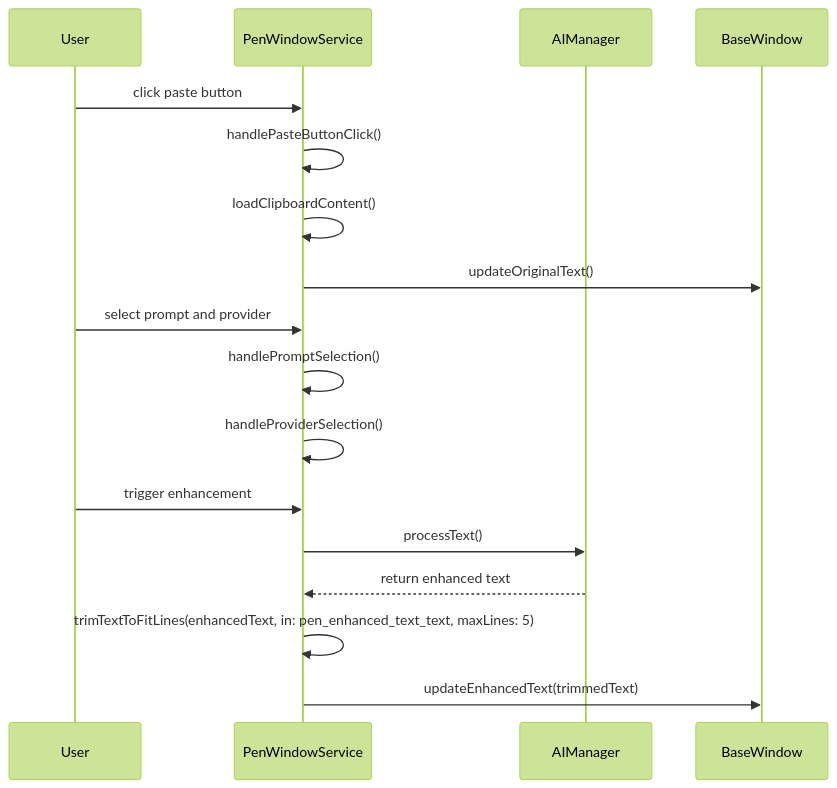
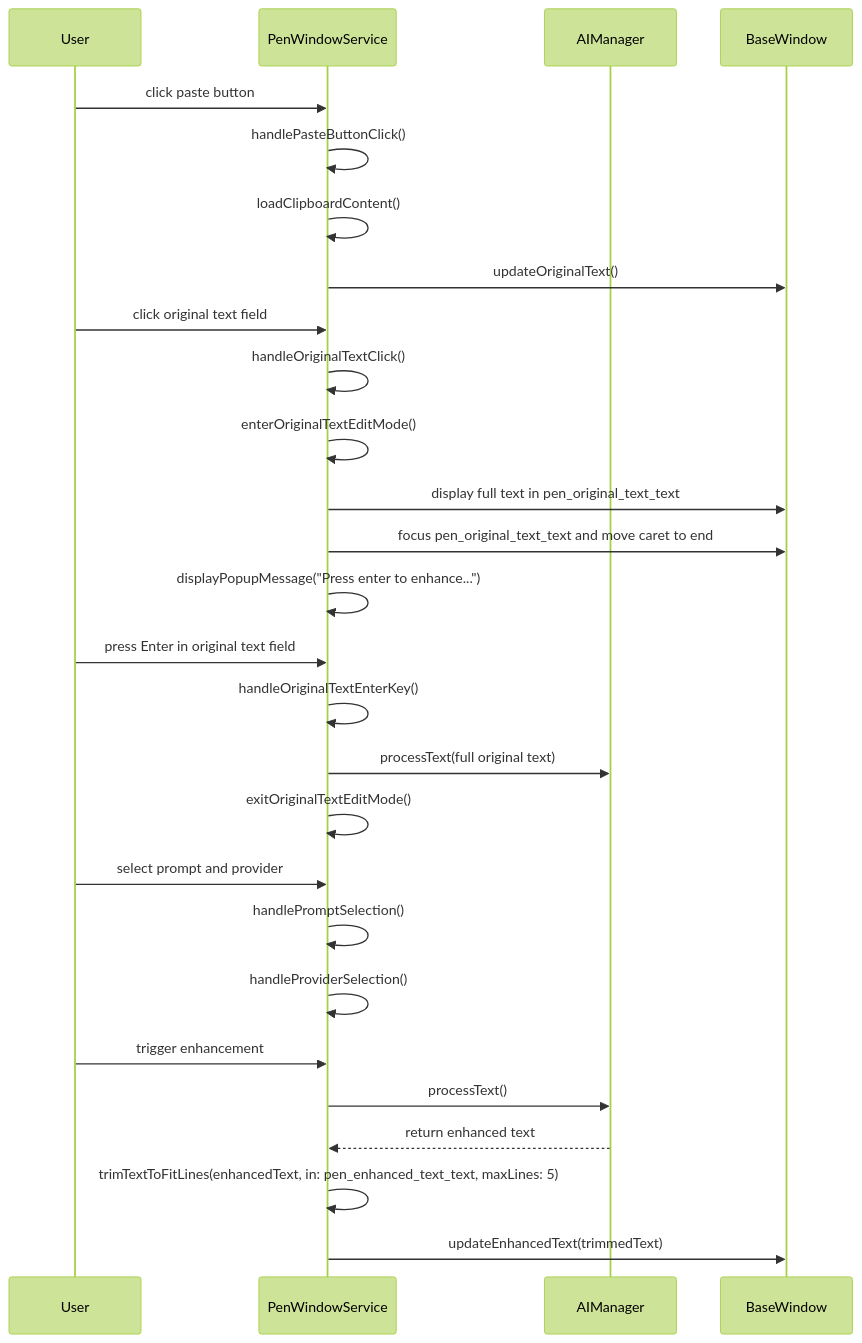
One commit to ethanhuangcst/pen.ai changed the third of 5 diagrams in Docs/Pen-Window/design-pen-window-service.md. Above: the diagram before and after it, drawn with Mermaid (forest theme). The commit also changed other lines of this file and 2 other files, not shown here.

Commit message:
click original text to edit: doc updated

````diff
--- a/Docs/Pen-Window/design-pen-window-service.md
+++ b/Docs/Pen-Window/design-pen-window-service.md
@@ -165,20 +177,30 @@
 ```mermaid
 sequenceDiagram
     participant U as User
     participant PWS as PenWindowService
     participant AM as AIManager
     participant BW as BaseWindow
     
     U->>PWS: click paste button
     PWS->>PWS: handlePasteButtonClick()
     PWS->>PWS: loadClipboardContent()
     PWS->>BW: updateOriginalText()
+    U->>PWS: click original text field
+    PWS->>PWS: handleOriginalTextClick()
+    PWS->>PWS: enterOriginalTextEditMode()
+    PWS->>BW: display full text in pen_original_text_text
+    PWS->>BW: focus pen_original_text_text and move caret to end
+    PWS->>PWS: displayPopupMessage("Press enter to enhance...")
+    U->>PWS: press Enter in original text field
+    PWS->>PWS: handleOriginalTextEnterKey()
+    PWS->>AM: processText(full original text)
+    PWS->>PWS: exitOriginalTextEditMode()
     U->>PWS: select prompt and provider
     PWS->>PWS: handlePromptSelection()
     PWS->>PWS: handleProviderSelection()
     U->>PWS: trigger enhancement
     PWS->>AM: processText()
     AM-->>PWS: return enhanced text
     PWS->>PWS: trimTextToFitLines(enhancedText, in: pen_enhanced_text_text, maxLines: 5)
     PWS->>BW: updateEnhancedText(trimmedText)
 ```
````
